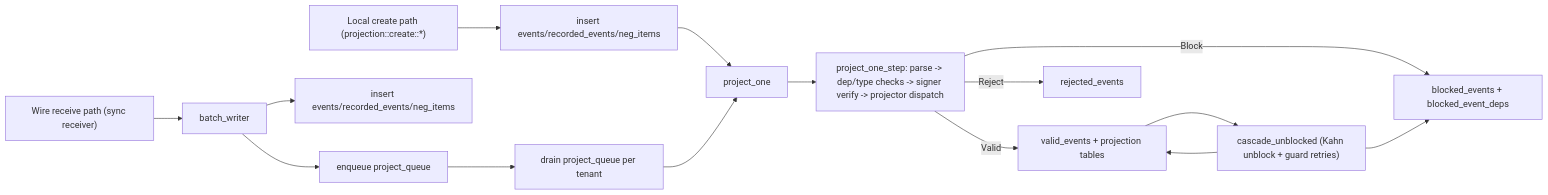
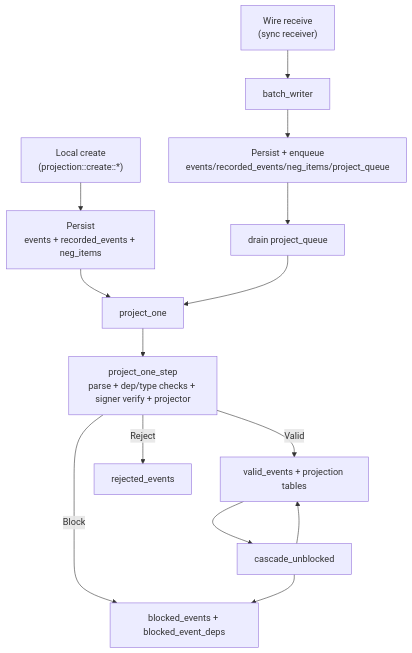
The third of 3 diagrams in docs/CURRENT_RUNTIME_DIAGRAM.md (holmesworcester/topo), drawn with Mermaid before and after one commit. The commit also changed other lines of this file, not shown here.

Commit message:
Compact runtime diagrams for one-screen viewing

````diff
--- a/docs/CURRENT_RUNTIME_DIAGRAM.md
+++ b/docs/CURRENT_RUNTIME_DIAGRAM.md
@@ -96,19 +54,18 @@
 ```mermaid
-flowchart LR
-    LOCAL["Local create path (projection::create::*)"] --> LSTORE["insert events/recorded_events/neg_items"]
+flowchart TD
+    LOCAL["Local create<br/>(projection::create::*)"] --> LSTORE["Persist<br/>events + recorded_events + neg_items"]
     LSTORE --> P["project_one"]
 
-    WIRE["Wire receive path (sync receiver)"] --> BW["batch_writer"]
-    BW --> BSTORE["insert events/recorded_events/neg_items"]
-    BW --> PQ["enqueue project_queue"]
-    PQ --> DRAIN["drain project_queue per tenant"]
+    WIRE["Wire receive<br/>(sync receiver)"] --> BW["batch_writer"]
+    BW --> QSTORE["Persist + enqueue<br/>events/recorded_events/neg_items/project_queue"]
+    QSTORE --> DRAIN["drain project_queue"]
     DRAIN --> P
 
-    P --> STEP["project_one_step: parse -> dep/type checks -> signer verify -> projector dispatch"]
+    P --> STEP["project_one_step<br/>parse + dep/type checks + signer verify + projector"]
     STEP -->|Valid| OK["valid_events + projection tables"]
     STEP -->|Block| BLK["blocked_events + blocked_event_deps"]
     STEP -->|Reject| REJ["rejected_events"]
-    OK --> CAS["cascade_unblocked (Kahn unblock + guard retries)"]
+    OK --> CAS["cascade_unblocked"]
     CAS --> OK
     CAS --> BLK
 ```
````
